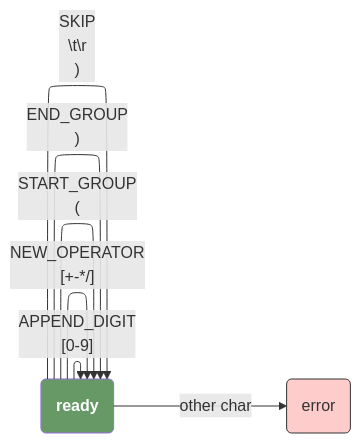
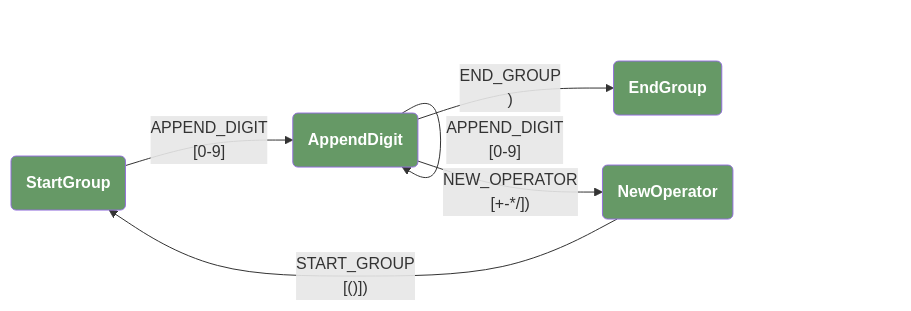
Before and after one commit to 0x822a5b87/test-fsm-arithmetic-operations: the fourth of 5 diagrams in README.md, drawn with Mermaid. The commit also changed other lines of this file and 10 other files, not shown here.

````diff
--- a/README.md
+++ b/README.md
@@ -115,23 +117,18 @@
 ```mermaid
----
-config:
-  flowchart:
-    defaultRenderer: elk
----
-
 flowchart LR
 
-ready("ready"):::ptr
-error("error"):::error
+StartGroup("StartGroup"):::ptr
+EndGroup("EndGroup"):::ptr
+NewOperator("NewOperator"):::ptr
+AppendDigit("AppendDigit"):::ptr
 
-ready -->|"APPEND_DIGIT<br>[0-9]"| ready
-ready -->|"NEW_OPERATOR<br>[+-*/]"| ready
-ready -->|"START_GROUP<br>("| ready
-ready -->|"END_GROUP<br>)"| ready
-ready -->|"SKIP<br>\t\r\n)"| ready
+StartGroup -->|"APPEND_DIGIT<br>[0-9]"| AppendDigit
+AppendDigit -->|"APPEND_DIGIT<br>[0-9]"| AppendDigit
+AppendDigit -->|"END_GROUP<br>)"| EndGroup
+AppendDigit -->|"NEW_OPERATOR<br>[+-*/])"| NewOperator
+NewOperator -->|"START_GROUP<br>[()])"| StartGroup
 
-ready -->|"other char"|error
 
 classDef error 1,fill:#FFCCCC,stroke:#333;
 classDef ptr fill: #696,color: #fff,font-weight: bold;
 ```
````
